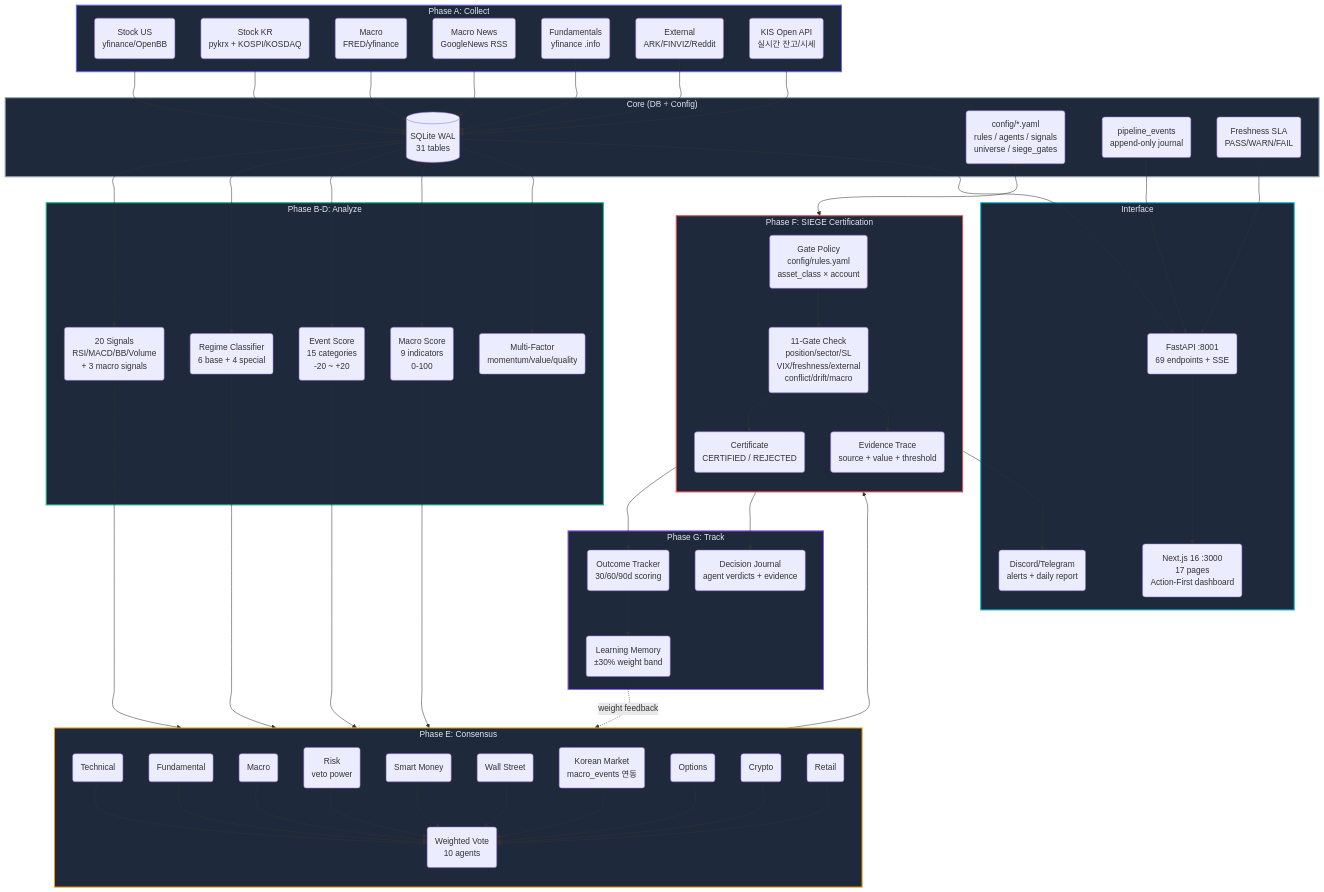
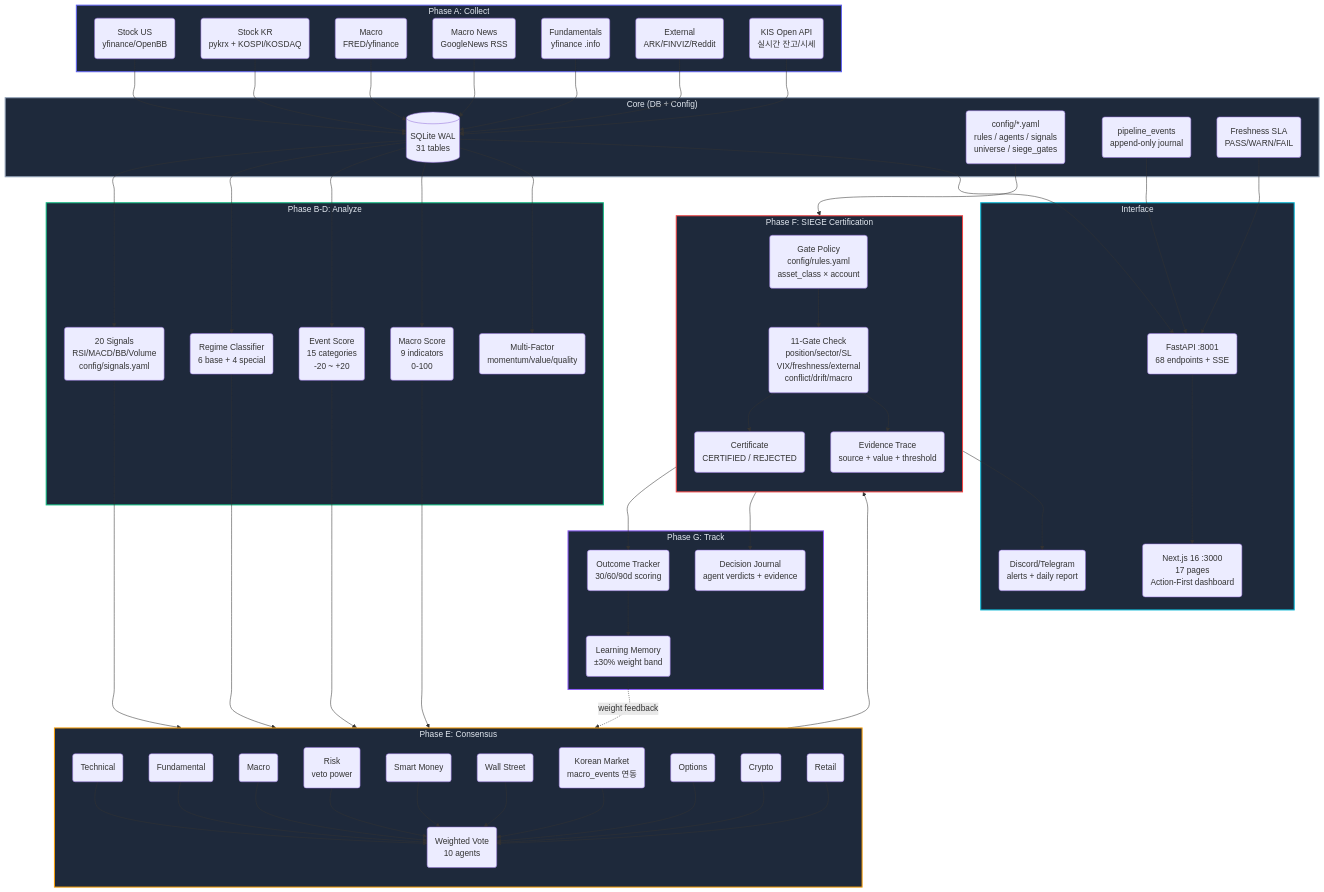
The diagram in README.md (researcherhojin/nuri-quant), drawn with Mermaid before and after one commit. The commit also changed other lines of this file and 5 other files, not shown here.

First line of the commit message:
docs: drift sync — counts/tables/endpoints across README+CLAUDE+STRATEGY+ARCHITECTURE (#319)

```diff
--- a/README.md
+++ b/README.md
@@ -38,7 +38,7 @@
   end
 
   subgraph Analyze["Phase B-D: Analyze"]
-    Signals("20 Signals\nRSI/MACD/BB/Volume\n+ 3 macro signals")
+    Signals("20 Signals\nRSI/MACD/BB/Volume\nconfig/signals.yaml")
     Regime("Regime Classifier\n6 base + 4 special")
     EventScore("Event Score\n15 categories\n-20 ~ +20")
     MacroScore("Macro Score\n9 indicators\n0-100")
@@ -75,7 +75,7 @@
   end
 
   subgraph Serve["Interface"]
-    API("FastAPI :8001\n69 endpoints + SSE")
+    API("FastAPI :8001\n68 endpoints + SSE")
     Dashboard("Next.js 16 :3000\n17 pages\nAction-First dashboard")
     Discord("Discord/Telegram\nalerts + daily report")
   end
```
